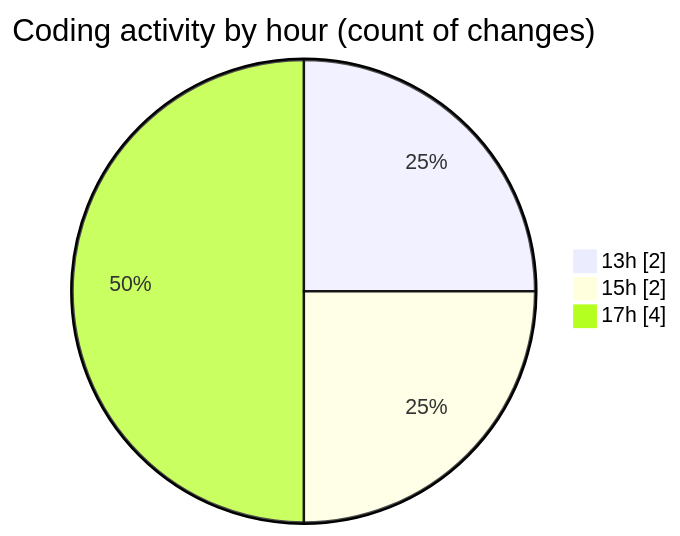
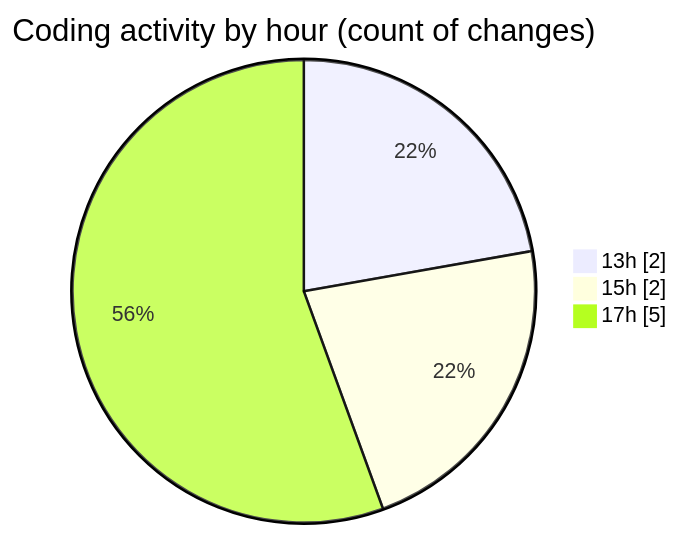
Before and after one commit to JenPaints/code-tracking: the second of 2 diagrams in 2025-06-23/archive/README.md, drawn with Mermaid. The commit also changed other lines of this file and 1 other file, not shown here.

````diff
--- a/2025-06-23/archive/README.md
+++ b/2025-06-23/archive/README.md
@@ -35,7 +36,7 @@
 ```mermaid
 pie showData
 title Coding activity by hour (count of changes)
 "13h" : 2
 "15h" : 2
-"17h" : 4
+"17h" : 5
 ```
````
